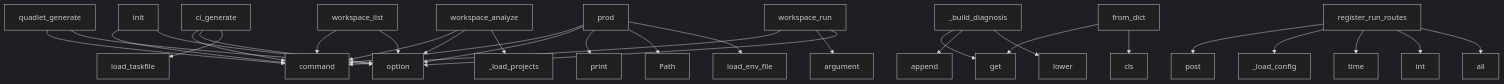
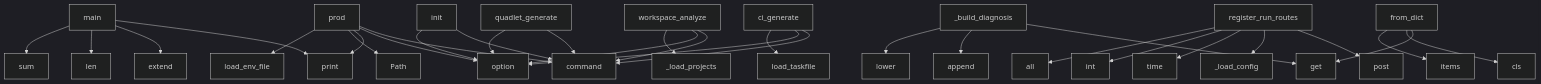
Before and after one commit to pyfunc/taskfile: the diagram in project/context.md, drawn with Mermaid (dark theme). The commit also changed other lines of this file and 21 other files, not shown here.

````diff
--- a/project/context.md
+++ b/project/context.md
@@ -741,33 +745,33 @@
 ```mermaid
 graph TD
+    main --> print
+    main --> extend
+    main --> len
+    main --> sum
     prod --> command
     prod --> option
     prod --> print
     prod --> Path
     prod --> load_env_file
     ci_generate --> command
     ci_generate --> option
     ci_generate --> load_taskfile
     workspace_analyze --> command
     workspace_analyze --> option
     workspace_analyze --> _load_projects
     _build_diagnosis --> get
     _build_diagnosis --> append
     _build_diagnosis --> lower
-    workspace_run --> command
-    workspace_run --> argument
-    workspace_run --> option
     quadlet_generate --> command
     quadlet_generate --> option
     init --> command
     init --> option
-    workspace_list --> command
-    workspace_list --> option
     register_run_routes --> post
     register_run_routes --> _load_config
     register_run_routes --> time
     register_run_routes --> int
     register_run_routes --> all
     from_dict --> get
     from_dict --> cls
+    from_dict --> items
 ```
````
